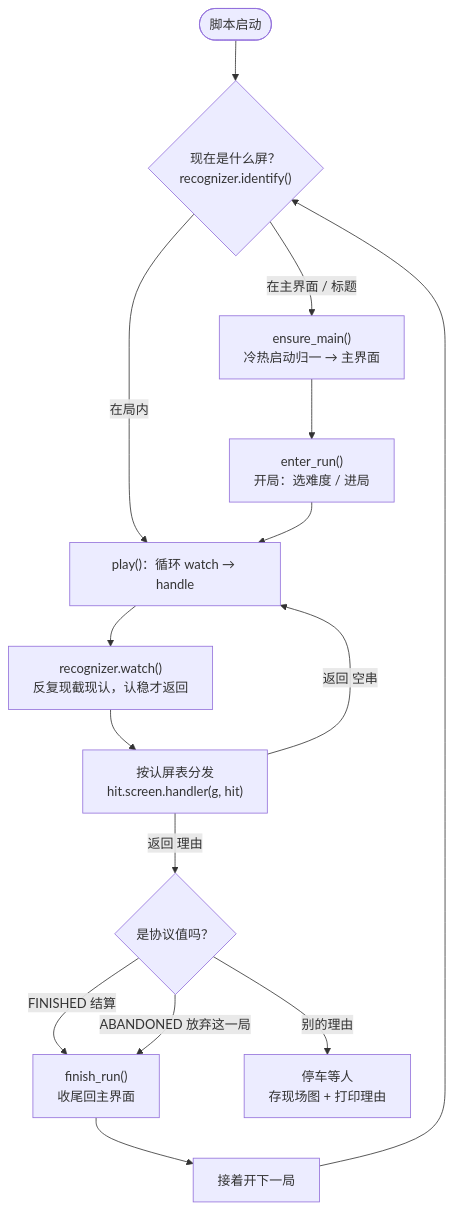
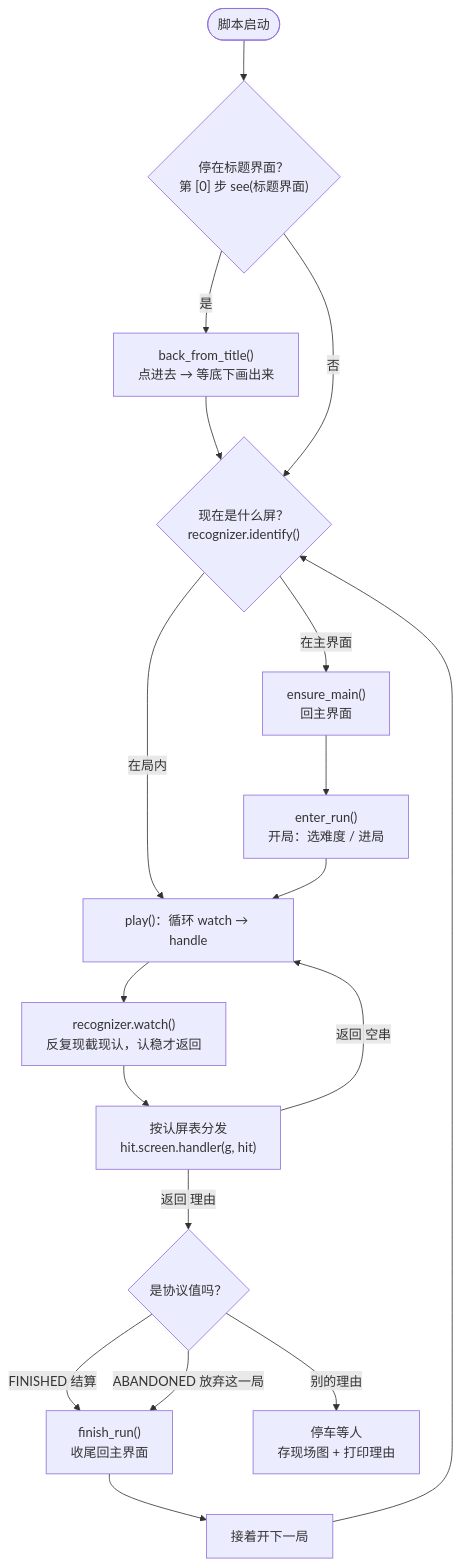
One commit to yerh11/MaaHZSJ changed the second of 2 diagrams in docs/zh_cn/架构与流程图.md. Above: the diagram before and after it, drawn with Mermaid. The commit also changed other lines of this file and 30 other files, not shown here.

````diff
--- a/docs/zh_cn/架构与流程图.md
+++ b/docs/zh_cn/架构与流程图.md
@@ -178,21 +182,24 @@
 ```mermaid
 flowchart TD
-    start(["脚本启动"]) --> identify{"现在是什么屏？<br/>recognizer.identify()"}
+    start(["脚本启动"]) --> istitle{"停在标题界面？<br/>第 [0] 步 see(标题界面)"}
+    istitle -->|是| back["back_from_title()<br/>点进去 → 等底下画出来"]
+    back --> identify
+    istitle -->|否| identify{"现在是什么屏？<br/>recognizer.identify()"}
 
     identify -->|在局内| play
-    identify -->|在主界面 / 标题| main["ensure_main()<br/>冷热启动归一 → 主界面"]
+    identify -->|在主界面| main["ensure_main()<br/>回主界面"]
     main --> enter["enter_run()<br/>开局：选难度 / 进局"]
     enter --> play
 
     play["play()：循环 watch → handle"]
     play --> watch["recognizer.watch()<br/>反复现截现认，认稳才返回"]
     watch --> dispatch["按认屏表分发<br/>hit.screen.handler(g, hit)"]
     dispatch -->|返回 空串| play
     dispatch -->|返回 理由| stop{"是协议值吗？"}
 
     stop -->|FINISHED 结算| settle["finish_run()<br/>收尾回主界面"]
     stop -->|ABANDONED 放弃这一局| settle
     stop -->|别的理由| park["停车等人<br/>存现场图 + 打印理由"]
     settle --> next["接着开下一局"]
     next --> identify
 ```
````
